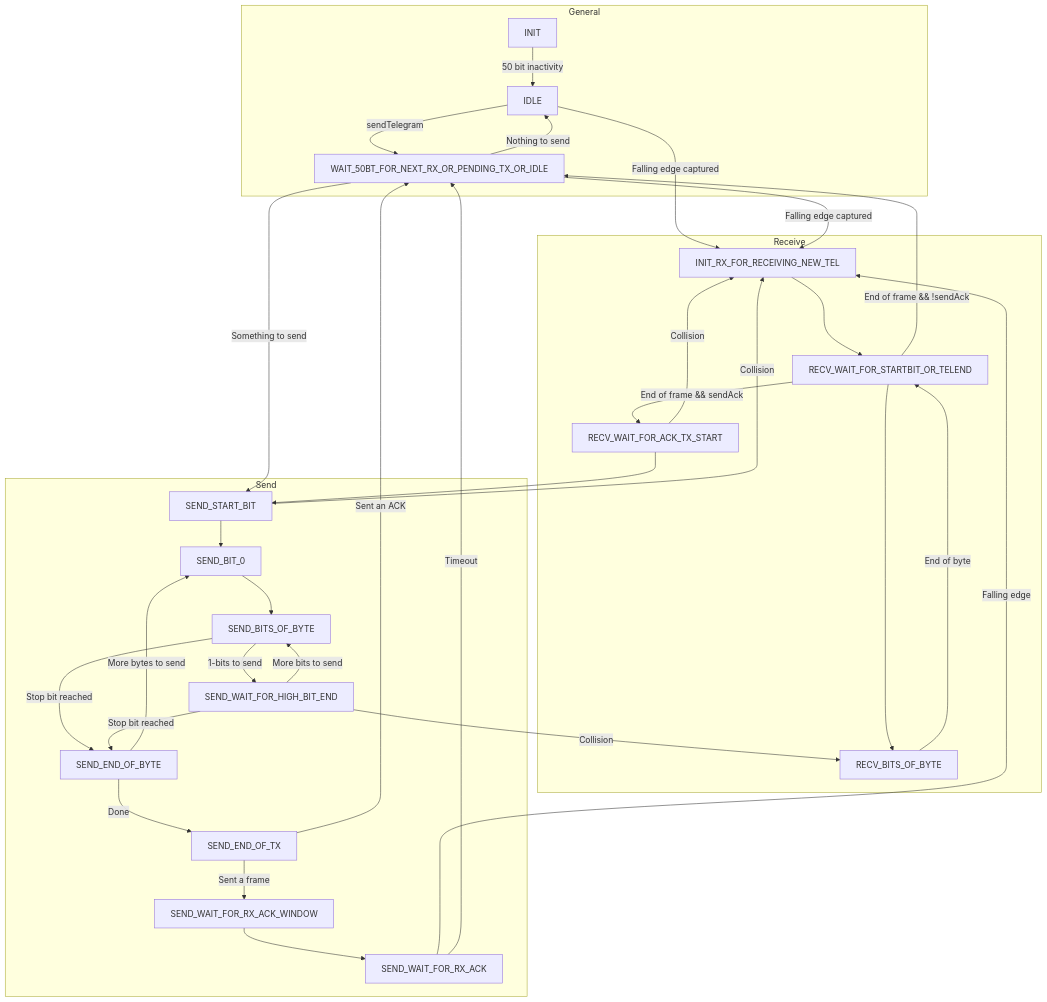
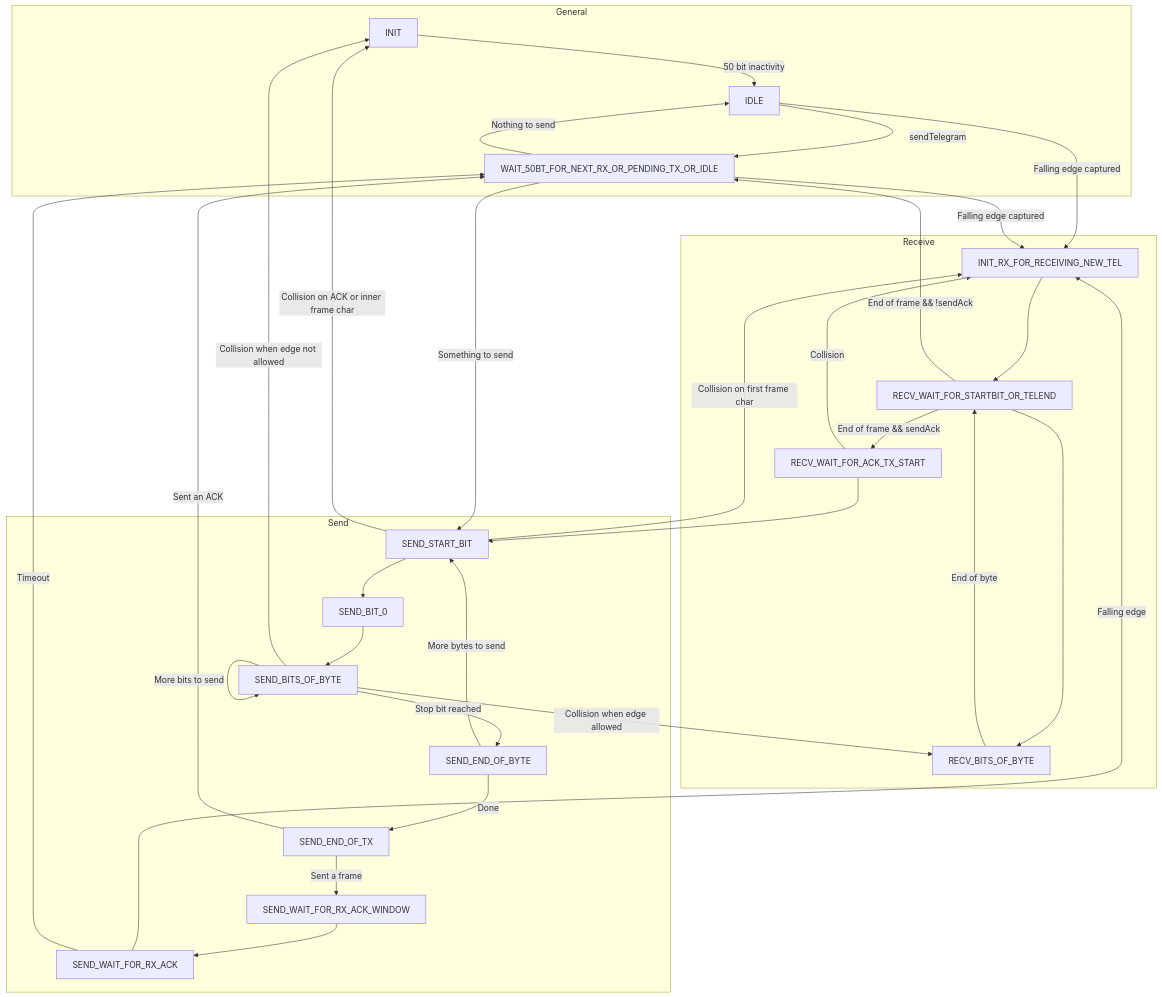
The diagram in doc/KNX TP1 Bus implementation.md (selfbus/software-arm-lib), drawn with Mermaid before and after one commit. The commit also changed other lines of this file, not shown here.

Commit message:
Update TP1 state machine documentation (`Bus` class)

````diff
--- a/doc/KNX TP1 Bus implementation.md
+++ b/doc/KNX TP1 Bus implementation.md
@@ -135,55 +135,54 @@
 ```mermaid
 flowchart TB
     subgraph General
         INIT
         IDLE
         WAIT_50BT_FOR_NEXT_RX_OR_PENDING_TX_OR_IDLE
     end
     subgraph Receive
         INIT_RX_FOR_RECEIVING_NEW_TEL
         RECV_WAIT_FOR_STARTBIT_OR_TELEND
         RECV_BITS_OF_BYTE
         RECV_WAIT_FOR_ACK_TX_START
     end
     subgraph Send
         SEND_START_BIT
         SEND_BIT_0
         SEND_BITS_OF_BYTE
-        SEND_WAIT_FOR_HIGH_BIT_END
         SEND_END_OF_BYTE
         SEND_END_OF_TX
         SEND_WAIT_FOR_RX_ACK_WINDOW
         SEND_WAIT_FOR_RX_ACK
     end
 
     INIT --50 bit inactivity--> IDLE
     IDLE --sendTelegram--> WAIT_50BT_FOR_NEXT_RX_OR_PENDING_TX_OR_IDLE
     IDLE --Falling edge captured--> INIT_RX_FOR_RECEIVING_NEW_TEL
     INIT_RX_FOR_RECEIVING_NEW_TEL ---> RECV_WAIT_FOR_STARTBIT_OR_TELEND
     RECV_WAIT_FOR_STARTBIT_OR_TELEND ---> RECV_BITS_OF_BYTE
     RECV_WAIT_FOR_STARTBIT_OR_TELEND --End of frame && sendAck--> RECV_WAIT_FOR_ACK_TX_START
     RECV_WAIT_FOR_STARTBIT_OR_TELEND --End of frame && !sendAck--> WAIT_50BT_FOR_NEXT_RX_OR_PENDING_TX_OR_IDLE
     RECV_BITS_OF_BYTE --End of byte--> RECV_WAIT_FOR_STARTBIT_OR_TELEND
 
     RECV_WAIT_FOR_ACK_TX_START --Collision--> INIT_RX_FOR_RECEIVING_NEW_TEL
     RECV_WAIT_FOR_ACK_TX_START --> SEND_START_BIT
 
     WAIT_50BT_FOR_NEXT_RX_OR_PENDING_TX_OR_IDLE --Falling edge captured--> INIT_RX_FOR_RECEIVING_NEW_TEL
     WAIT_50BT_FOR_NEXT_RX_OR_PENDING_TX_OR_IDLE --Nothing to send--> IDLE
     WAIT_50BT_FOR_NEXT_RX_OR_PENDING_TX_OR_IDLE --Something to send--> SEND_START_BIT
-    SEND_START_BIT --Collision--> INIT_RX_FOR_RECEIVING_NEW_TEL
+    SEND_START_BIT --Collision on ACK or inner frame char--> INIT
+    SEND_START_BIT --Collision on first frame char--> INIT_RX_FOR_RECEIVING_NEW_TEL
     SEND_START_BIT --> SEND_BIT_0
     SEND_BIT_0 --> SEND_BITS_OF_BYTE
-    SEND_BITS_OF_BYTE --1-bits to send--> SEND_WAIT_FOR_HIGH_BIT_END
+    SEND_BITS_OF_BYTE --More bits to send--> SEND_BITS_OF_BYTE
     SEND_BITS_OF_BYTE --Stop bit reached--> SEND_END_OF_BYTE
-    SEND_WAIT_FOR_HIGH_BIT_END --Collision--> RECV_BITS_OF_BYTE
-    SEND_WAIT_FOR_HIGH_BIT_END --More bits to send--> SEND_BITS_OF_BYTE
-    SEND_WAIT_FOR_HIGH_BIT_END --Stop bit reached--> SEND_END_OF_BYTE
-    SEND_END_OF_BYTE --More bytes to send--> SEND_BIT_0
+    SEND_BITS_OF_BYTE --Collision when edge allowed--> RECV_BITS_OF_BYTE
+    SEND_BITS_OF_BYTE --Collision when edge not allowed--> INIT
+    SEND_END_OF_BYTE --More bytes to send--> SEND_START_BIT
     SEND_END_OF_BYTE --Done--> SEND_END_OF_TX
     SEND_END_OF_TX --Sent an ACK--> WAIT_50BT_FOR_NEXT_RX_OR_PENDING_TX_OR_IDLE
     SEND_END_OF_TX --Sent a frame--> SEND_WAIT_FOR_RX_ACK_WINDOW
     SEND_WAIT_FOR_RX_ACK_WINDOW --> SEND_WAIT_FOR_RX_ACK
     SEND_WAIT_FOR_RX_ACK --Falling edge--> INIT_RX_FOR_RECEIVING_NEW_TEL
     SEND_WAIT_FOR_RX_ACK --Timeout--> WAIT_50BT_FOR_NEXT_RX_OR_PENDING_TX_OR_IDLE
 ```
````
